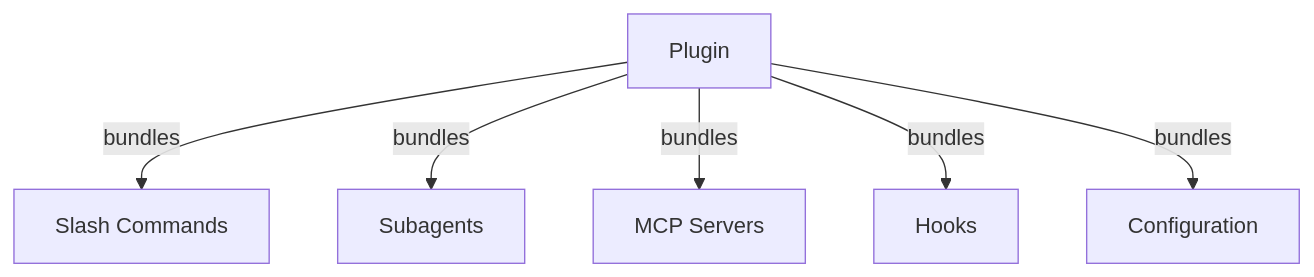
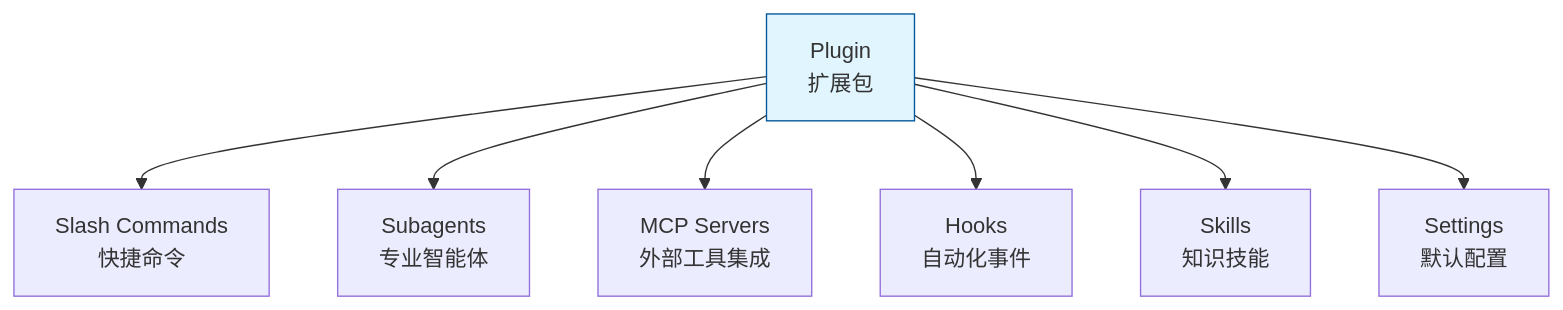
One commit to hellojoju/claude-code-lesson changed the first of 4 diagrams in 10-plugins/README.md. Above: the diagram before and after it, drawn with Mermaid. The commit also changed other lines of this file and 11 other files, not shown here.

````diff
--- a/10-plugins/README.md
+++ b/10-plugins/README.md
@@ -26,15 +56,19 @@
 ```mermaid
 graph TB
-    A["Plugin"]
-    B["Slash Commands"]
-    C["Subagents"]
-    D["MCP Servers"]
-    E["Hooks"]
-    F["Configuration"]
+    A["Plugin<br/>扩展包"]
+    B["Slash Commands<br/>快捷命令"]
+    C["Subagents<br/>专业智能体"]
+    D["MCP Servers<br/>外部工具集成"]
+    E["Hooks<br/>自动化事件"]
+    F["Skills<br/>知识技能"]
+    G["Settings<br/>默认配置"]
 
-    A -->|bundles| B
-    A -->|bundles| C
-    A -->|bundles| D
-    A -->|bundles| E
-    A -->|bundles| F
+    A --> B
+    A --> C
+    A --> D
+    A --> E
+    A --> F
+    A --> G
+
+    style A fill:#e1f5fe,stroke:#01579b
 ```
````
